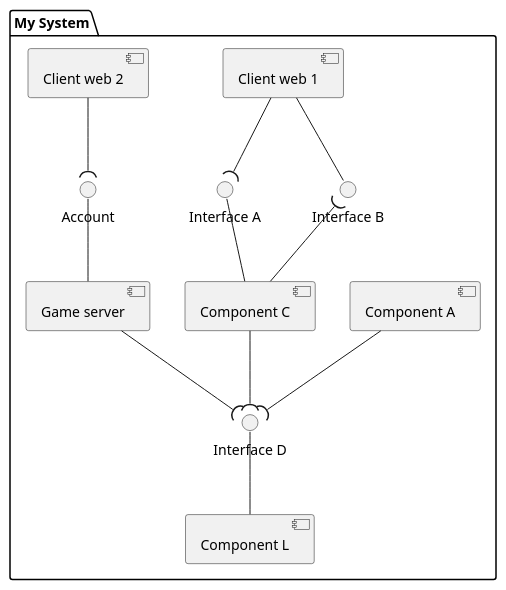
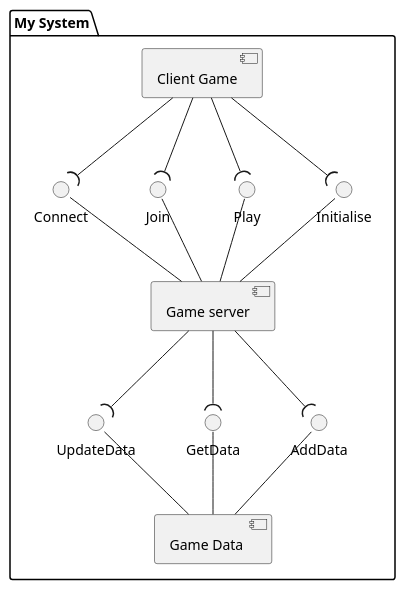
The diagram in trivial-doc/modules/development/examples/dc-global.puml (sybarry/Trivial_Pursuit_CL), drawn with PlantUML before and after one commit.

Commit message:
Vue globale des composants

```diff
--- a/trivial-doc/modules/development/examples/dc-global.puml
+++ b/trivial-doc/modules/development/examples/dc-global.puml
@@ -1,32 +1,41 @@
 @startuml
 package "My System" {
-interface "Interface A" as Web1
-interface "Interface B" as Cli1
-interface "Account" as Web2
-interface "Interface D" as Lobby
+interface "Connect" as connect
+interface "Join" as Cli1
+interface "Play" as pl
+interface "Initialise" as init
 
-component "Component A" as GameServer
-component "Component L" as LobbyServer
-component "Component C" as MiddlewareClient1
-component "Game server" as MiddlewareClient2
+interface "AddData" as addData
+interface "GetData" as getData
+interface "UpdateData" as updateData
 
-[Client web 1]
-[Client web 2]
-}
+component "Game Data " as LobbyServer
+component "Game server" as MiddlewareClient1
 
 
-[LobbyServer] -up-() Lobby
+[LobbyServer] -up-() addData
+MiddlewareClient1 --( addData
 
-[GameServer] --( Lobby
-MiddlewareClient1 --( Lobby
-MiddlewareClient2 --( Lobby
+[LobbyServer] -up-() getData
+MiddlewareClient1 --( getData
 
-[Client web 1] --() Cli1
-Cli1 )-- [MiddlewareClient1]
+[LobbyServer] -up-() updateData
+MiddlewareClient1 --( updateData
 
-[Client web 2] --( Web2
-[MiddlewareClient2] -up-() Web2
 
-[Client web 1] --( Web1
-[MiddlewareClient1] -up-() Web1
+
+
+[Client Game] --( Cli1
+Cli1 -- [MiddlewareClient1]
+
+[Client Game] --( connect
+[MiddlewareClient1] -up-() connect
+
+[Client Game] --( pl
+pl -- [MiddlewareClient1]
+
+[Client Game] --( init
+init -- [MiddlewareClient1]
+
+}
 @enduml
```
